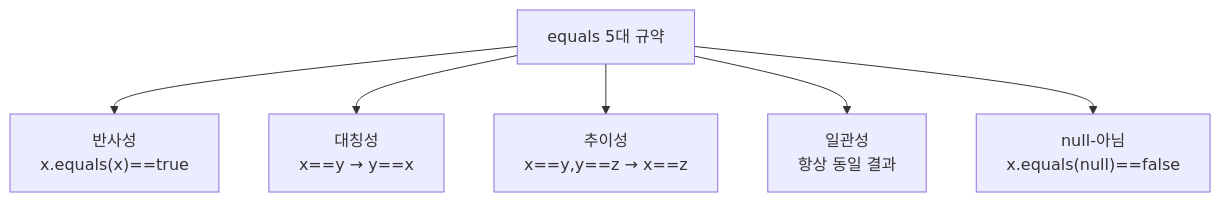
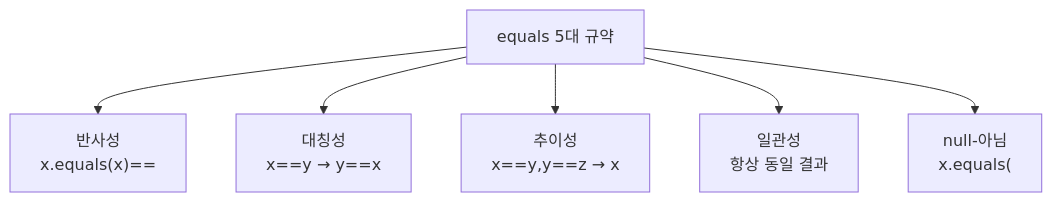
One commit to yjkim2015/yjkim2015.github.io changed the first of 4 diagrams in _posts/java/2021-12-22-effective-java10.md. Above: the diagram before and after it, drawn with Mermaid. The commit also changed other lines of this file and 271 other files, not shown here.

First line of the commit message:
Mermaid 라벨 축소: 긴 노드 텍스트 18자 이하로 트림 + \n 제거

````diff
--- a/_posts/java/2021-12-22-effective-java10.md
+++ b/_posts/java/2021-12-22-effective-java10.md
@@ -57,8 +57,8 @@
 ```mermaid
 graph TD
-    A["equals 5대 규약"] --> B["반사성\nx.equals(x)==true"]
+    A["equals 5대 규약"] --> B["반사성\nx.equals(x)=="]
     A --> C["대칭성\nx==y → y==x"]
-    A --> D["추이성\nx==y,y==z → x==z"]
+    A --> D["추이성\nx==y,y==z → x"]
     A --> E["일관성\n항상 동일 결과"]
-    A --> F["null-아님\nx.equals(null)==false"]
+    A --> F["null-아님\nx.equals("]
 ```
````
